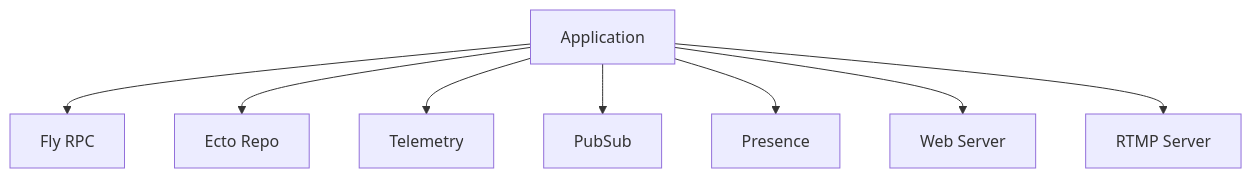
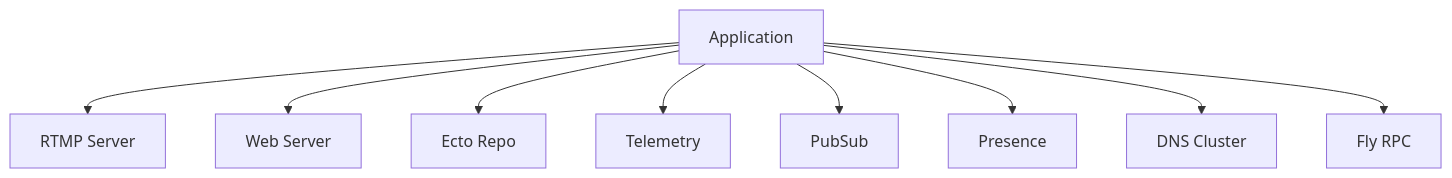
Before and after one commit to algora-io/tv: the third of 3 diagrams in README.md, drawn with Mermaid. The commit also changed 5 other files, not shown here.

````diff
--- a/README.md
+++ b/README.md
@@ -51,10 +51,11 @@
 ```mermaid
 graph
-    App[Application] --> FlyRPC[Fly RPC]
+    App[Application] --> RTMP[RTMP Server]
+    App --> Endpoint[Web Server]
     App --> Repo[Ecto Repo]
     App --> Telemetry
     App --> PubSub
     App --> Presence
-    App --> Endpoint[Web Server]
-    App --> RTMP[RTMP Server]
+    App --> DNSCluster[DNS Cluster]
+    App --> FlyRPC[Fly RPC]
 ```
````
